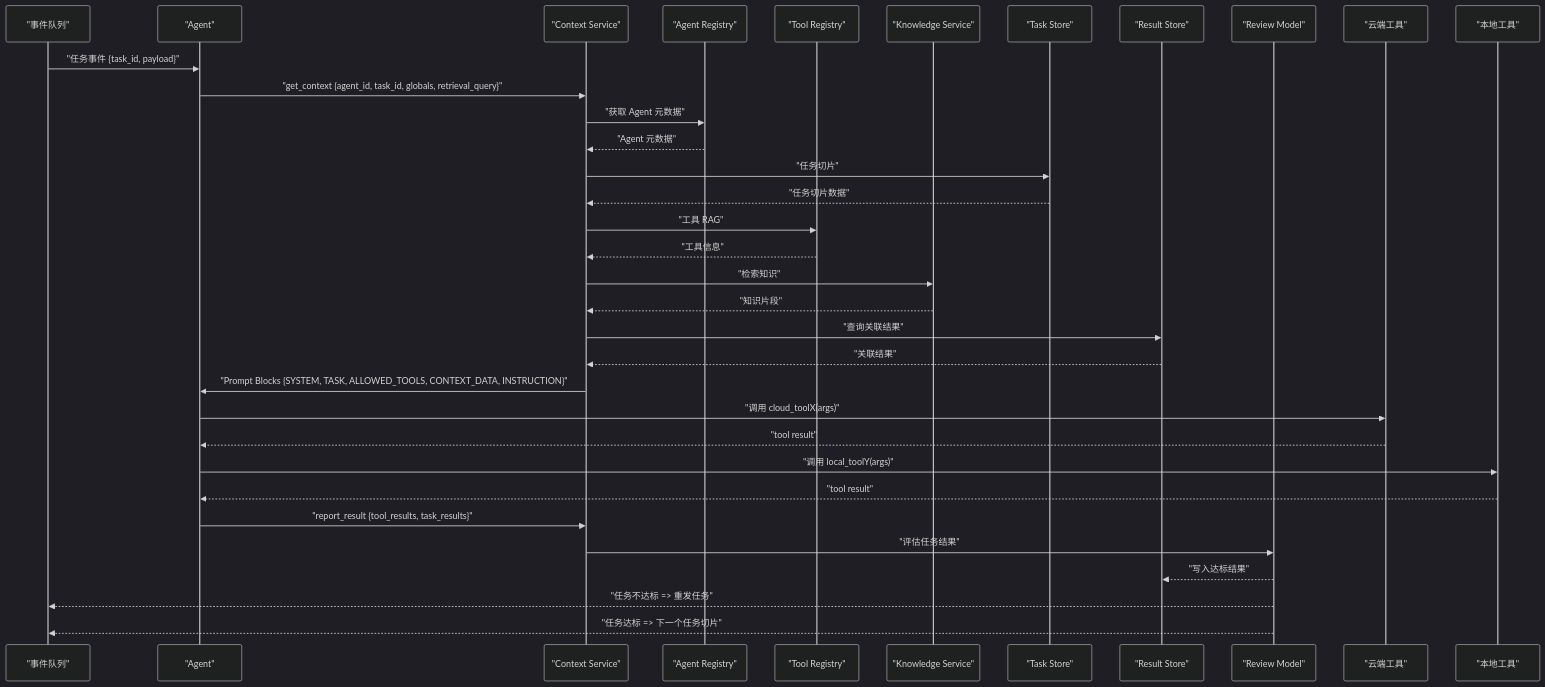
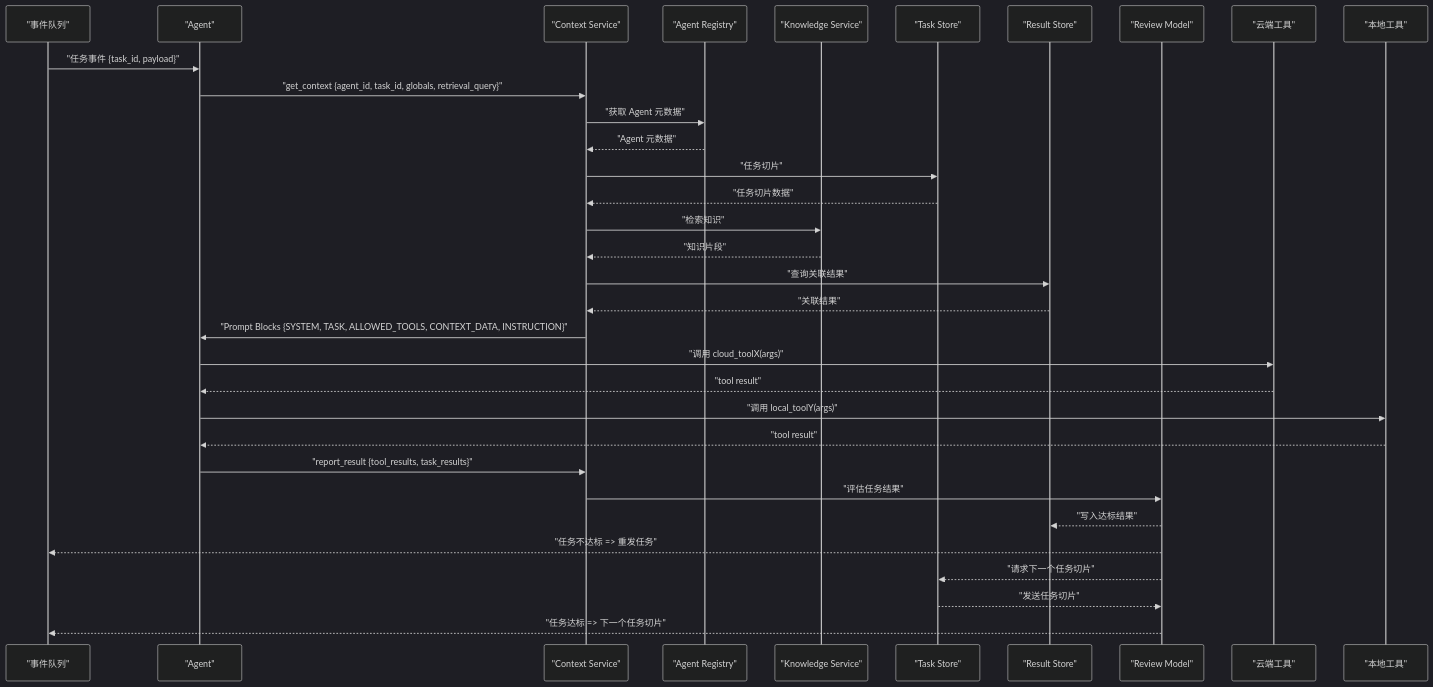
The second of 2 diagrams in doc/architecture_diagram.md (otoTree/context-service), drawn with Mermaid (dark theme) before and after one commit. The commit also changed other lines of this file and 27 other files, not shown here.

````diff
--- a/doc/architecture_diagram.md
+++ b/doc/architecture_diagram.md
@@ -37,37 +36,36 @@
 ```mermaid
 sequenceDiagram
     participant EQ as "事件队列"
     participant Agent as "Agent"
     participant CS as "Context Service"
     participant AR as "Agent Registry"
-    participant TR as "Tool Registry"
     participant KS as "Knowledge Service"
     participant TS as "Task Store"
     participant RS as "Result Store"
     participant RM as "Review Model"
     participant CT as "云端工具"
     participant LT as "本地工具"
 
     EQ->>Agent: "任务事件 {task_id, payload}"
     Agent->>CS: "get_context {agent_id, task_id, globals, retrieval_query}"
     CS->>AR: "获取 Agent 元数据"
     AR-->>CS: "Agent 元数据"
     CS->>TS: "任务切片"
     TS-->>CS: "任务切片数据"
-    CS->>TR: "工具 RAG"
-    TR-->>CS: "工具信息"
     CS->>KS: "检索知识"
     KS-->>CS: "知识片段"
     CS->>RS: "查询关联结果"
     RS-->>CS: "关联结果"
     CS->>Agent: "Prompt Blocks {SYSTEM, TASK, ALLOWED_TOOLS, CONTEXT_DATA, INSTRUCTION}"
     Agent->>CT: "调用 cloud_toolX(args)"
     CT-->>Agent: "tool result"
     Agent->>LT: "调用 local_toolY(args)"
     LT-->>Agent: "tool result"
     Agent->>CS: "report_result {tool_results, task_results}"
     CS->>RM: "评估任务结果"
     RM-->>RS: "写入达标结果"
     RM-->>EQ: "任务不达标 => 重发任务"
+    RM-->>TS: "请求下一个任务切片"
+    TS-->>RM: "发送任务切片"
     RM-->>EQ: "任务达标 => 下一个任务切片"
 ``` 
````
